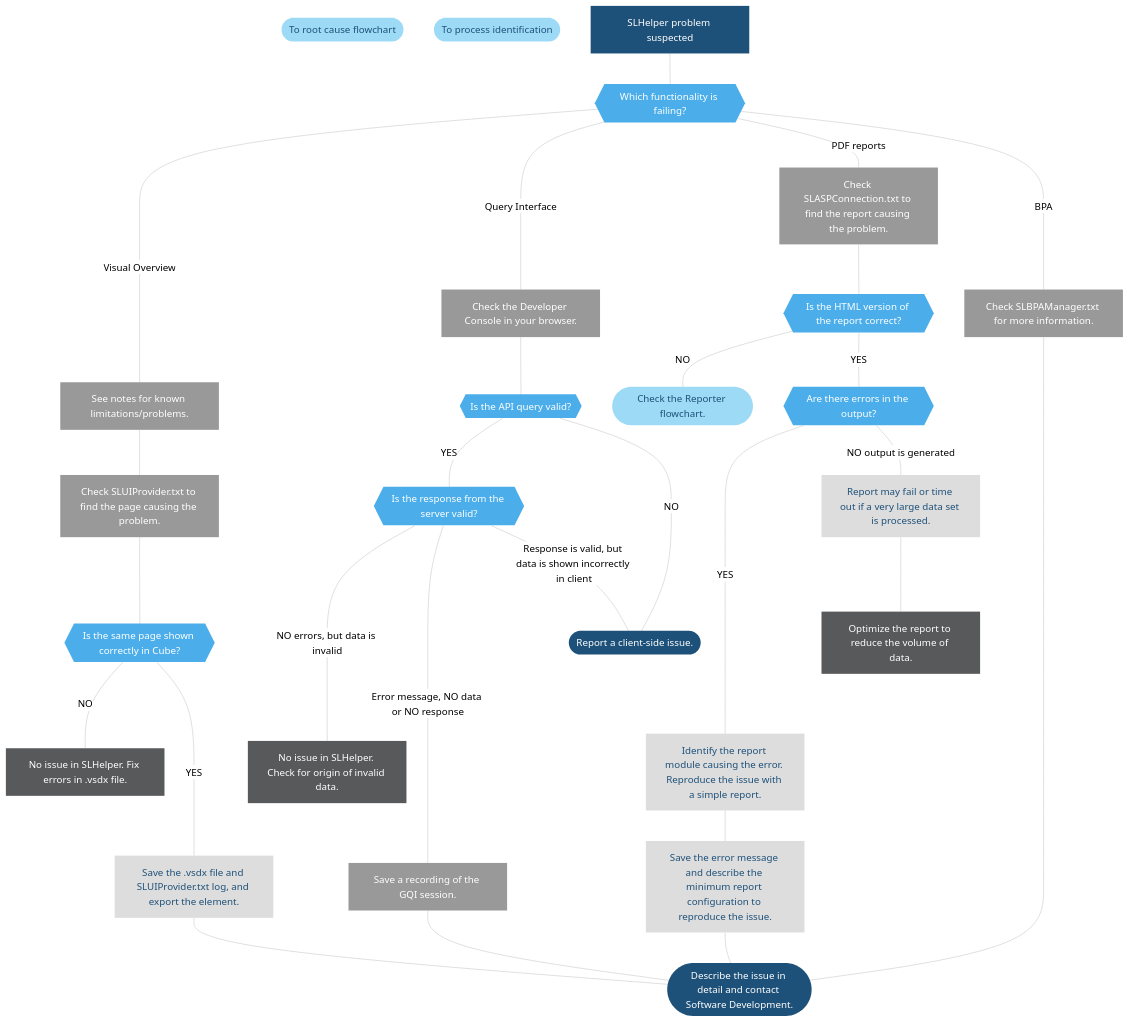
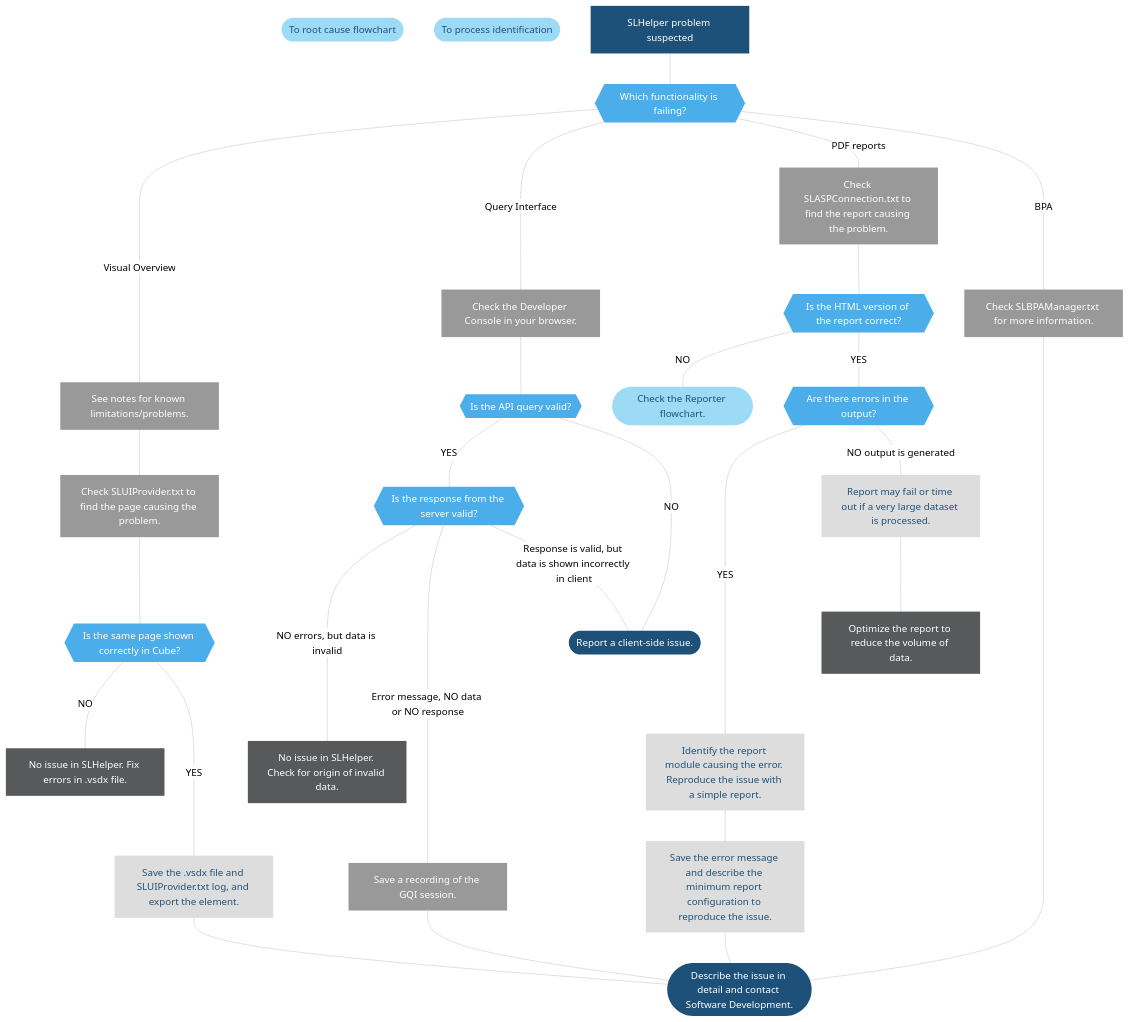
Before and after one commit to SkylineCommunications/dataminer-docs: the diagram in dataminer/Troubleshooting/Troubleshooting_Flowcharts/Troubleshooting_Process_Identification/Other_processes/Troubleshooting_SLHelper_exe.md, drawn with Mermaid (neutral theme). The commit also changed 55 other files, not shown here.

````diff
--- a/dataminer/Troubleshooting/Troubleshooting_Flowcharts/Troubleshooting_Process_Identification/Other_processes/Troubleshooting_SLHelper_exe.md
+++ b/dataminer/Troubleshooting/Troubleshooting_Flowcharts/Troubleshooting_Process_Identification/Other_processes/Troubleshooting_SLHelper_exe.md
@@ -54,81 +54,81 @@
 ```mermaid
 flowchart TD
 %% Define blocks %%
 LinkRootCause([To root cause flowchart])
 LinkProcessList([To process identification])
 Start[SLHelper problem suspected]
 Function{{Which functionality is failing?}}
 VisioKnown[See notes for known limitations/problems.]
 VisioLogs[Check SLUIProvider.txt to find the page causing the problem.]
 VisioCube{{Is the same page shown correctly in Cube?}}
 VisioSave[Save the .vsdx file and SLUIProvider.txt log, and export the element.]
 VisioFix[No issue in SLHelper. Fix errors in .vsdx file.]
 GqiDevConsole[Check the Developer Console in your browser.]
 GqiCheckRequest{{Is the API query valid?}}
 GqiCheckResponse{{Is the response from the server valid?}}
 GqiServerIssue[No issue in SLHelper. Check for origin of invalid data.]
 GqiSave[Save a recording of the GQI session.]
 GqiClientIssue([Report a client-side issue.])
 BpaLogs[Check SLBPAManager.txt for more information.]
 PdfLogs[Check SLASPConnection.txt to find the report causing the problem.]
 PdfCheckHtml{{Is the HTML version of the report correct?}}
 PdfReportsIssue([Check the Reporter flowchart.])
 PdfErrors{{Are there errors in the output?}}
 PdfModule[Identify the report module causing the error. Reproduce the issue with a simple report.]
 PdfSave[Save the error message and describe the minimum report configuration to reproduce the issue.]
-PdfTimeouts[Report may fail or time out if a very large data set is processed.]
+PdfTimeouts[Report may fail or time out if a very large dataset is processed.]
 PdfOptimize[Optimize the report to reduce the volume of data.]
 EndReportIssue([Describe the issue in detail and contact Software Development.])
 %% Connect blocks %%
 Start --- Function
 Function --- |Visual Overview|VisioKnown
 Function --- |Query Interface|GqiDevConsole
 Function --- |PDF reports| PdfLogs
 Function --- |BPA| BpaLogs
 BpaLogs -------- EndReportIssue
 VisioKnown --- VisioLogs
 VisioLogs --- VisioCube
 VisioCube --- |NO| VisioFix
 VisioCube ---- |YES| VisioSave
 VisioSave --- EndReportIssue
 GqiDevConsole --- GqiCheckRequest
 GqiCheckRequest --- |YES| GqiCheckResponse
 GqiCheckRequest --- |NO| GqiClientIssue
 GqiCheckResponse ---- |NO errors, but data is invalid| GqiServerIssue
 GqiCheckResponse ----- |Error message, NO data or NO response| GqiSave
 GqiCheckResponse --- |Response is valid, but data is shown incorrectly in client| GqiClientIssue
 GqiSave --- EndReportIssue
 PdfLogs --- PdfCheckHtml
 PdfCheckHtml --- |NO| PdfReportsIssue
 PdfCheckHtml --- |YES| PdfErrors
 PdfErrors ----- |YES| PdfModule
 PdfModule --- PdfSave
 PdfErrors --- |NO output is generated| PdfTimeouts
 PdfTimeouts --- PdfOptimize
 PdfSave --- EndReportIssue
 %% Define hyperlinks %%
 click LinkRootCause "/dataminer/Troubleshooting/Troubleshooting_Flowcharts/Finding_a_Root_Cause.html" "Go to Root Cause Flowchart"
 click LinkProcessList "/dataminer/Troubleshooting/Troubleshooting_Flowcharts/Troubleshooting_Process_Identification/Troubleshooting_Process_Identification.html" "Go to process identification page"
 click VisioKnown "#known-limitations-of-visual-overview-in-web-apps" "Known limitations"
 click VisioLogs "#logging" "More on logging"
 click GqiDevConsole "#using-the-developer-console-in-a-browser" "Using Developer Console"
 click GqiSave "#recording-a-gqi-session" "How to record a GQI session"
 click PdfLogs "#logging" "More on logging"
 click PdfReportsIssue "/dataminer/Troubleshooting/Troubleshooting_Flowcharts/Troubleshooting_Process_Identification/Other_processes/Troubleshooting_SLASPConnection_exe.html" "Go to Reporter flowchart"
 click BpaLogs "#logging" "More on logging"
 %% Define styles %%
 linkStyle default stroke:#cccccc
 classDef classTerminal fill:#1e5179,stroke:#1e5179,color:#ffffff,stroke-width:0px;
 classDef classDecision fill:#4baeea,stroke:#4baeea,color:#ffffff,stroke-width:0px;
 classDef classExternalRef fill:#9ddaf5,stroke:#9ddaf5,color:#1E5179,stroke-width:0px;
 classDef classActionClickable fill:#999999,stroke:#999999,color:#ffffff,stroke-width:0px;
 classDef classAction fill:#dddddd,stroke:#dddddd,color:#1E5179,stroke-width:0px;
 classDef classSolution fill:#58595b,stroke:#58595b,color:#ffffff,stroke-width:0px;
 %% Apply styles to blocks %%
 class Start,EndReportIssue,GqiClientIssue classTerminal;
 class Function,VisioCube,GqiCheckRequest,GqiCheckResponse,PdfErrors,PdfCheckHtml classDecision;
 class VisioSave,PdfModule,PdfSave,PdfTimeouts classAction;
 class VisioFix,GqiServerIssue,PdfOptimize classSolution;
 class VisioKnown,VisioLogs,GqiDevConsole,GqiSave,PdfLogs,BpaLogs classActionClickable;
 class LinkRootCause,LinkProcessList,PdfReportsIssue classExternalRef;
 ```
````
